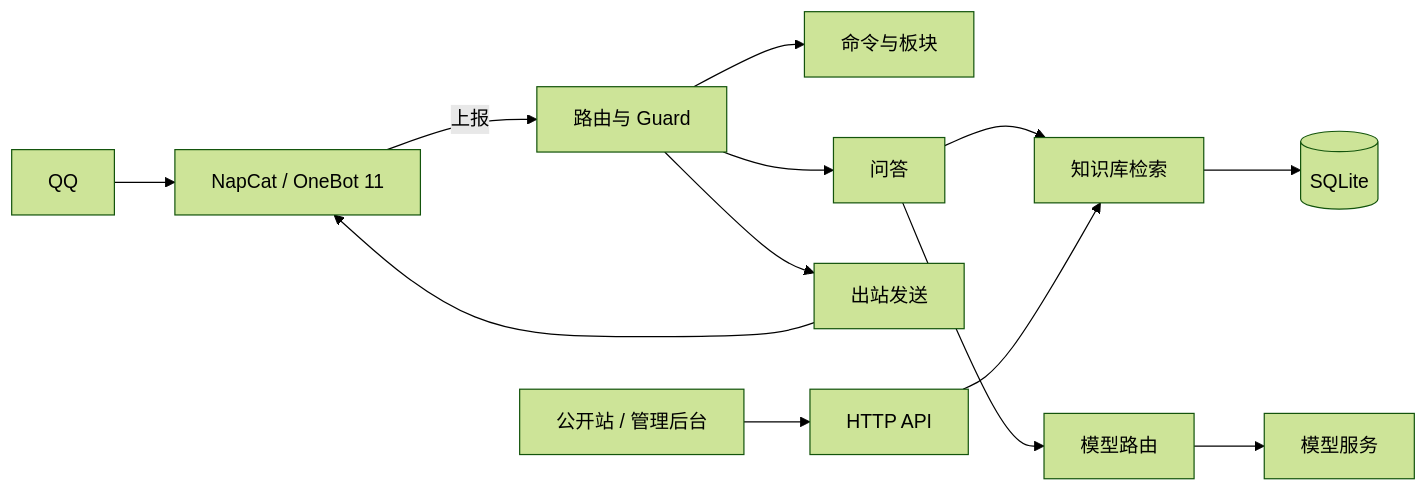
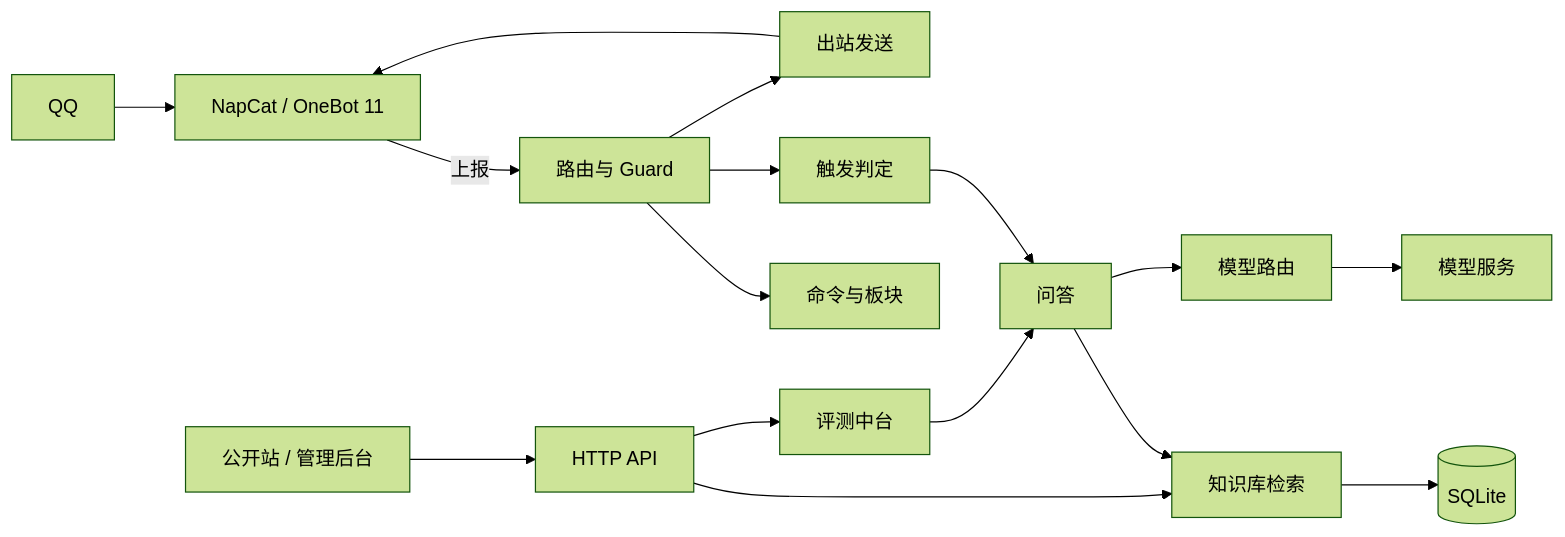
One commit to HuoGu-Hub/Q-A-bot changed the diagram in README.md. Above: the diagram before and after it, drawn with Mermaid (forest theme). The commit also changed other lines of this file and 1 other file, not shown here.

````diff
--- a/README.md
+++ b/README.md
@@ -45,15 +48,18 @@
 ```mermaid
 flowchart LR
     QQ[QQ] --> NC[NapCat / OneBot 11]
     NC -->|上报| R[路由与 Guard]
     R --> C[命令与板块]
-    R --> A[问答]
+    R --> T[触发判定]
+    T --> A[问答]
     A --> K[知识库检索]
     K --> DB[(SQLite)]
     A --> L[模型路由]
     L --> API[模型服务]
     R --> O[出站发送]
     O --> NC
     W[公开站 / 管理后台] --> P[HTTP API]
     P --> K
+    P --> E[评测中台]
+    E --> A
 ```
````
